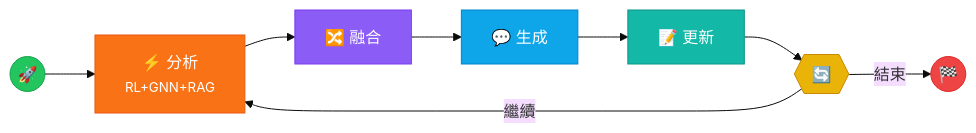
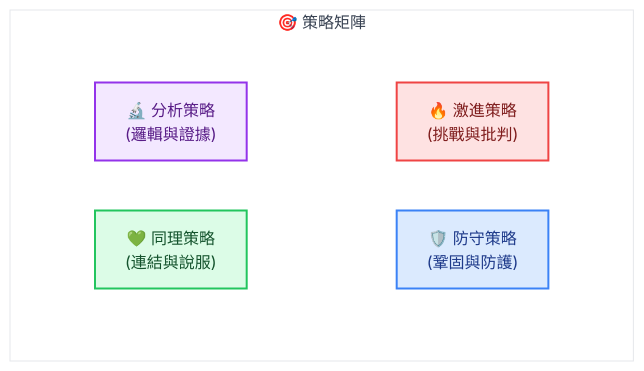
The seventh of 8 diagrams in README.md (AluminumShark/Social-Debate-AI), drawn with Mermaid before and after one commit. The commit also changed other lines of this file, not shown here.

Commit message:
style(docs): redesign Mermaid diagrams in README.md with brighter colors and cleaner layout

````diff
--- a/README.md
+++ b/README.md
@@ -440,25 +560,28 @@
 ```mermaid
 %%{init: {'theme': 'base'}}%%
-flowchart LR
-    S((🚀))
-    S --> A
+graph TB
+    subgraph Matrix["🎯 策略矩陣"]
+        direction TB
+        
+        subgraph Row1[" "]
+            direction LR
+            S1["🔥 激進策略<br/>(挑戰與批判)"]:::red
+            S2["🛡️ 防守策略<br/>(鞏固與防護)"]:::blue
+        end
+        
+        subgraph Row2[" "]
+            direction LR
+            S3["🔬 分析策略<br/>(邏輯與證據)"]:::purple
+            S4["💚 同理策略<br/>(連結與說服)"]:::green
+        end
+    end
 
-    A["⚡ 分析<br/><small>RL+GNN+RAG</small>"]
-    B["🔀 融合"]
-    C["💬 生成"]
-    D["📝 更新"]
-    E{{"🔄"}}
-    F((🏁))
-
-    A --> B --> C --> D --> E
-    E -->|"繼續"| A
-    E -->|"結束"| F
-
-    style S fill:#22c55e,stroke:#16a34a,color:#fff
-    style A fill:#f97316,stroke:#ea580c,color:#fff
-    style B fill:#8b5cf6,stroke:#7c3aed,color:#fff
-    style C fill:#0ea5e9,stroke:#0284c7,color:#fff
-    style D fill:#14b8a6,stroke:#0d9488,color:#fff
-    style E fill:#eab308,stroke:#ca8a04,color:#000
-    style F fill:#ef4444,stroke:#dc2626,color:#fff
+    classDef red fill:#fee2e2,stroke:#ef4444,stroke-width:2px,color:#7f1d1d;
+    classDef blue fill:#dbeafe,stroke:#3b82f6,stroke-width:2px,color:#1e3a8a;
+    classDef purple fill:#f3e8ff,stroke:#9333ea,stroke-width:2px,color:#581c87;
+    classDef green fill:#dcfce7,stroke:#22c55e,stroke-width:2px,color:#14532d;
+    
+    style Matrix fill:#ffffff,stroke:#e5e7eb,color:#374151
+    style Row1 fill:transparent,stroke:transparent
+    style Row2 fill:transparent,stroke:transparent
 ```
````
